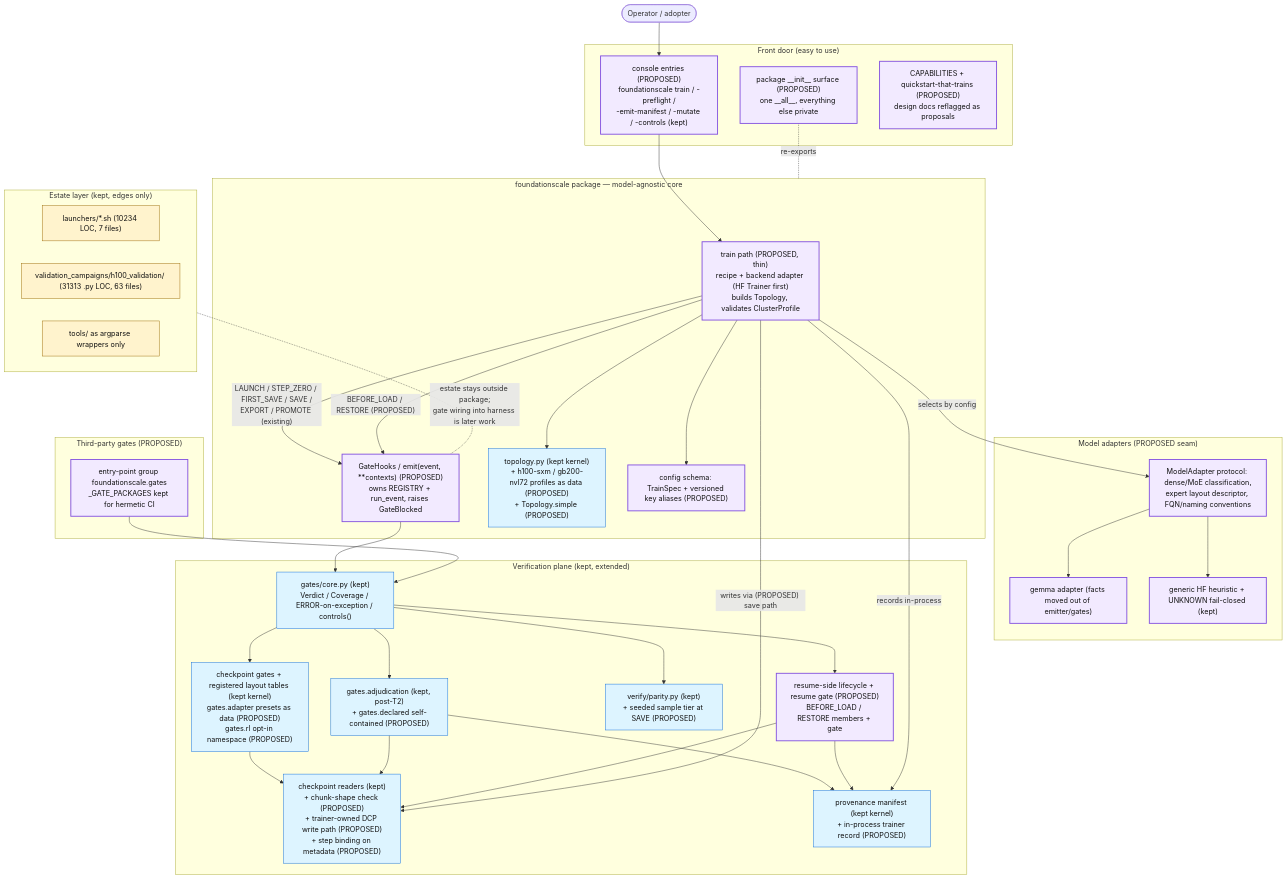
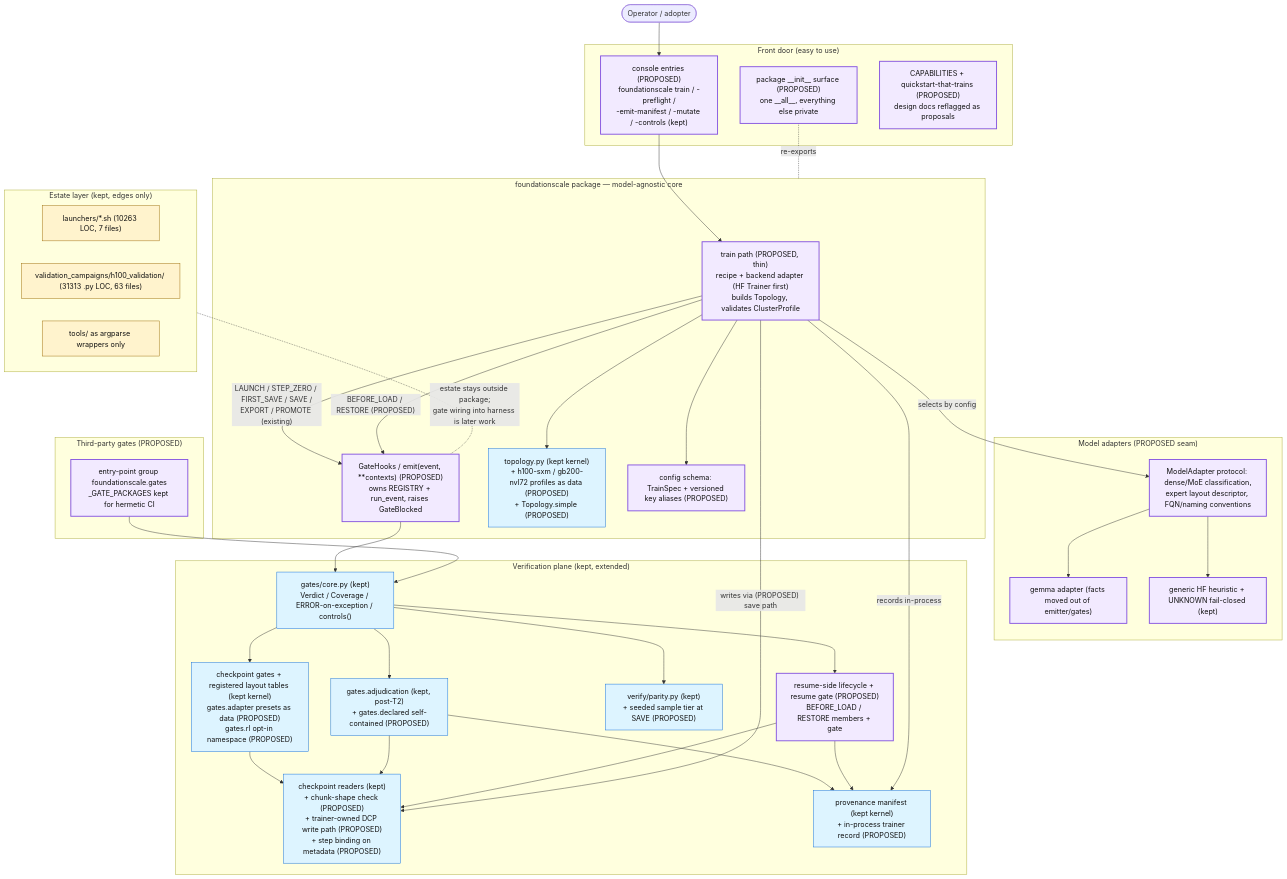
Before and after one commit to TranNhiem/FoundationScale: the diagram in docs/review/D5_proposed_architecture.md, drawn with Mermaid. The commit also changed other lines of this file and 9 other files, not shown here.

````diff
--- a/docs/review/D5_proposed_architecture.md
+++ b/docs/review/D5_proposed_architecture.md
@@ -13,74 +13,74 @@
 ```mermaid
 flowchart TB
   U(["Operator / adopter"])
 
   subgraph FRONT["Front door (easy to use)"]
     CLI["console entries (PROPOSED)<br/>foundationscale train / -preflight /<br/>-emit-manifest / -mutate / -controls (kept)"]
     SURF["package __init__ surface (PROPOSED)<br/>one __all__, everything else private"]
     DOCS["CAPABILITIES + quickstart-that-trains (PROPOSED)<br/>design docs reflagged as proposals"]
   end
 
   subgraph CORE["foundationscale package — model-agnostic core"]
     TRAIN["train path (PROPOSED, thin)<br/>recipe + backend adapter (HF Trainer first)<br/>builds Topology, validates ClusterProfile"]
     HOOKS["GateHooks / emit(event, **contexts) (PROPOSED)<br/>owns REGISTRY + run_event, raises GateBlocked"]
     TOPO["topology.py (kept kernel)<br/>+ h100-sxm / gb200-nvl72 profiles as data (PROPOSED)<br/>+ Topology.simple (PROPOSED)"]
     CONFIG["config schema: TrainSpec + versioned key aliases (PROPOSED)"]
   end
 
   subgraph ADAPT["Model adapters (PROPOSED seam)"]
     MA["ModelAdapter protocol: dense/MoE classification,<br/>expert layout descriptor, FQN/naming conventions"]
     GEM["gemma adapter (facts moved out of emitter/gates)"]
     HF["generic HF heuristic + UNKNOWN fail-closed (kept)"]
   end
 
   subgraph VERIFY["Verification plane (kept, extended)"]
     GCORE["gates/core.py (kept)<br/>Verdict / Coverage / ERROR-on-exception / controls()"]
     GCK["checkpoint gates + registered layout tables (kept kernel)<br/>gates.adapter presets as data (PROPOSED)<br/>gates.rl opt-in namespace (PROPOSED)"]
     ADJ["gates.adjudication (kept, post-T2)<br/>+ gates.declared self-contained (PROPOSED)"]
     PAR["verify/parity.py (kept)<br/>+ seeded sample tier at SAVE (PROPOSED)"]
     CKIO["checkpoint readers (kept)<br/>+ chunk-shape check (PROPOSED)<br/>+ trainer-owned DCP write path (PROPOSED)<br/>+ step binding on metadata (PROPOSED)"]
     PROV["provenance manifest (kept kernel)<br/>+ in-process trainer record (PROPOSED)"]
     RES["resume-side lifecycle + resume gate (PROPOSED)<br/>BEFORE_LOAD / RESTORE members + gate"]
   end
 
   subgraph PLUG["Third-party gates (PROPOSED)"]
     EP["entry-point group foundationscale.gates<br/>_GATE_PACKAGES kept for hermetic CI"]
   end
 
   subgraph ESTATE["Estate layer (kept, edges only)"]
-    LAU["launchers/*.sh (10234 LOC, 7 files)"]
+    LAU["launchers/*.sh (10263 LOC, 7 files)"]
     H100["validation_campaigns/h100_validation/ (31313 .py LOC, 63 files)"]
     WRAP["tools/ as argparse wrappers only"]
   end
 
   U --> CLI --> TRAIN
   SURF -. re-exports .- CORE
   TRAIN --> TOPO
   TRAIN --> CONFIG
   TRAIN -- "selects by config" --> MA
   MA --> GEM
   MA --> HF
   TRAIN -- "LAUNCH / STEP_ZERO / FIRST_SAVE / SAVE /<br/>EXPORT / PROMOTE (existing)" --> HOOKS
   TRAIN -- "BEFORE_LOAD / RESTORE (PROPOSED)" --> HOOKS
   HOOKS --> GCORE
   EP --> GCORE
   GCORE --> GCK
   GCORE --> ADJ
   GCORE --> PAR
   GCORE --> RES
   GCK --> CKIO
   ADJ --> CKIO
   ADJ --> PROV
   RES --> CKIO
   RES --> PROV
   TRAIN -- "writes via (PROPOSED) save path" --> CKIO
   TRAIN -- "records in-process" --> PROV
   ESTATE -. "estate stays outside package;<br/>gate wiring into harness is later work" .- HOOKS
 
   classDef new fill:#f2eaff,stroke:#8250df,stroke-width:2px,color:#111;
   classDef kept fill:#ddf4ff,stroke:#0969da,color:#111;
   classDef estate fill:#fff3cd,stroke:#9a6700,color:#111;
   class TRAIN,HOOKS,CLI,SURF,DOCS,MA,GEM,HF,RES,EP,CONFIG new;
   class GCORE,GCK,ADJ,PAR,CKIO,PROV,TOPO kept;
   class LAU,H100,WRAP estate;
 ```
````
